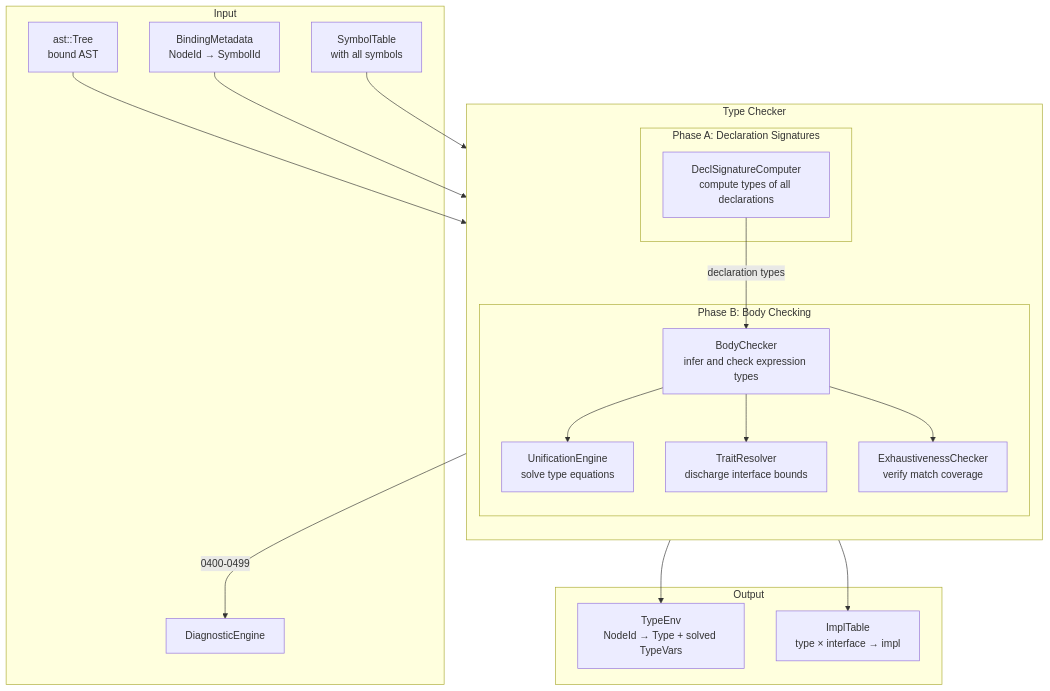
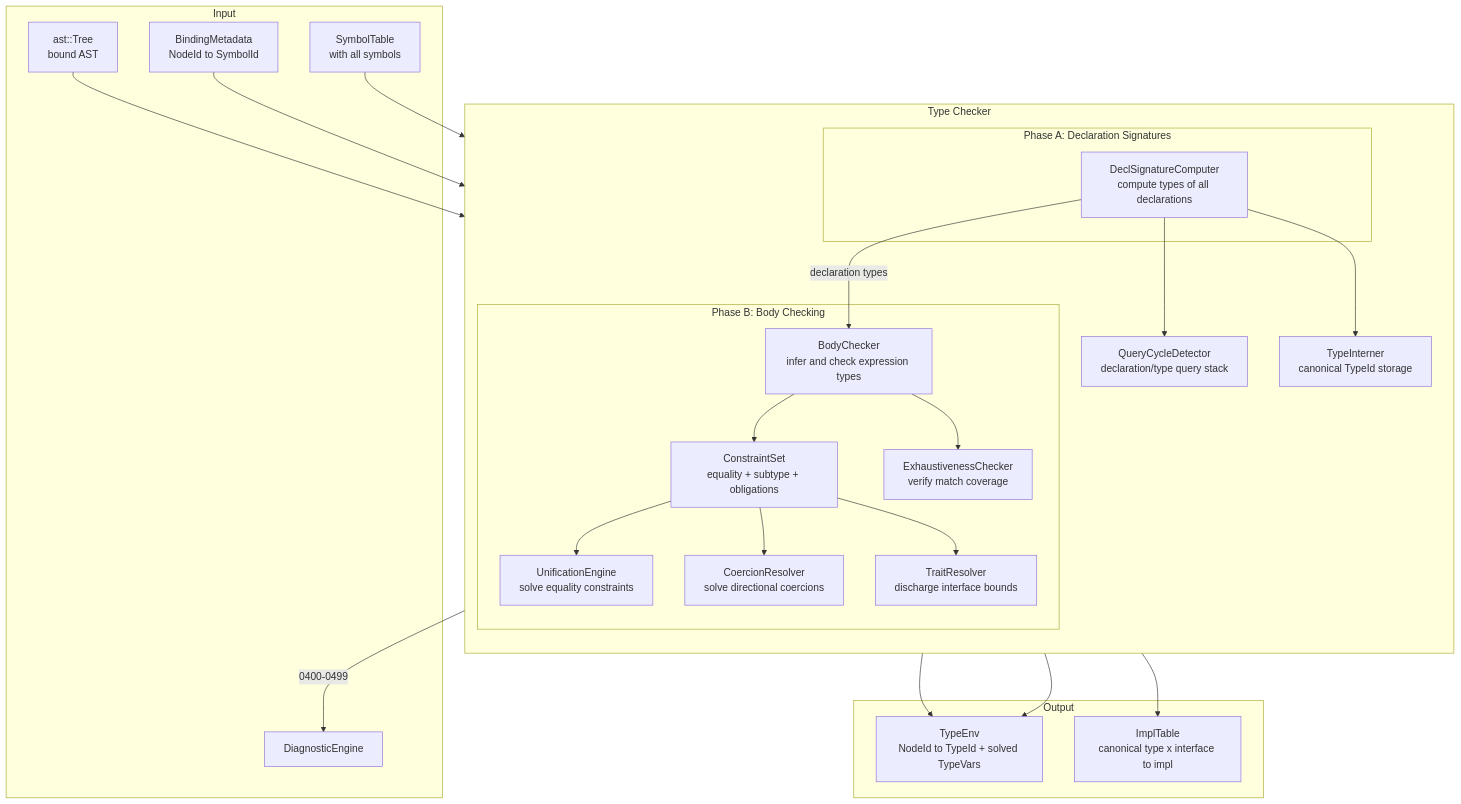
Before and after one commit to Zzzode/ZOM: the diagram in docs/rfc/0005-type-system-architecture.md, drawn with Mermaid. The commit also changed other lines of this file and 126 other files, not shown here.

````diff
--- a/docs/rfc/0005-type-system-architecture.md
+++ b/docs/rfc/0005-type-system-architecture.md
@@ -258,38 +285,47 @@
 ```mermaid
 flowchart TD
     subgraph "Input"
         AST[ast::Tree<br/>bound AST]
-        BM[BindingMetadata<br/>NodeId → SymbolId]
+        BM[BindingMetadata<br/>NodeId to SymbolId]
         ST[SymbolTable<br/>with all symbols]
         DE[DiagnosticEngine]
     end
 
     subgraph "Type Checker"
         direction TB
         subgraph "Phase A: Declaration Signatures"
             DS[DeclSignatureComputer<br/>compute types of all declarations]
         end
         subgraph "Phase B: Body Checking"
             BC[BodyChecker<br/>infer and check expression types]
-            UNIFY[UnificationEngine<br/>solve type equations]
+            CS[ConstraintSet<br/>equality + subtype + obligations]
+            UNIFY[UnificationEngine<br/>solve equality constraints]
+            COERCE[CoercionResolver<br/>solve directional coercions]
             TRAIT[TraitResolver<br/>discharge interface bounds]
             EXH[ExhaustivenessChecker<br/>verify match coverage]
         end
+        TI[TypeInterner<br/>canonical TypeId storage]
+        CYC[QueryCycleDetector<br/>declaration/type query stack]
     end
 
     subgraph "Output"
-        TE[TypeEnv<br/>NodeId → Type + solved TypeVars]
-        IMPL[ImplTable<br/>type × interface → impl]
+        TE[TypeEnv<br/>NodeId to TypeId + solved TypeVars]
+        IMPL[ImplTable<br/>canonical type x interface to impl]
     end
 
     AST --> DS
     BM --> DS
     ST --> DS
     DS -->|declaration types| BC
-    BC --> UNIFY
-    BC --> TRAIT
+    DS --> CYC
+    DS --> TI
+    BC --> CS
+    CS --> UNIFY
+    CS --> COERCE
+    CS --> TRAIT
     BC --> EXH
+    COERCE --> TE
     UNIFY --> TE
     TRAIT --> IMPL
     BC -->|0400-0499| DE
 ```
````
